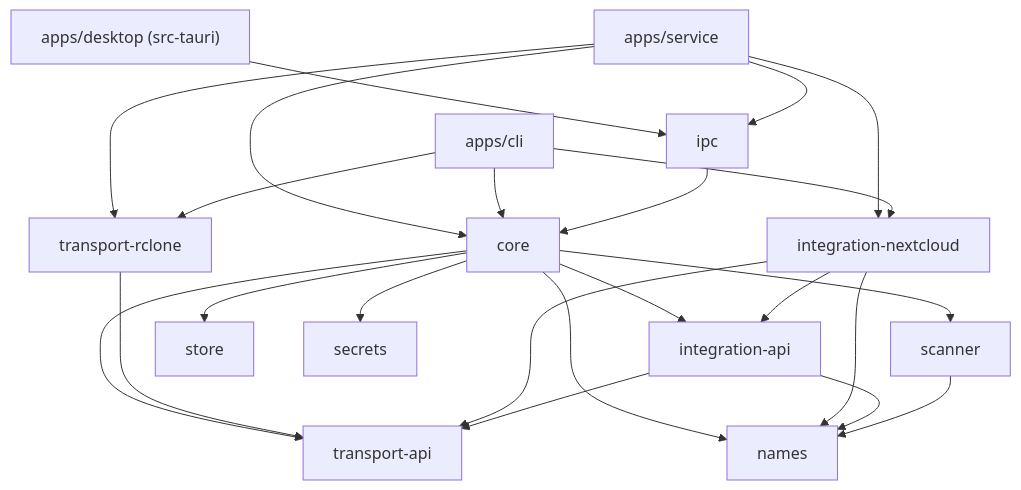
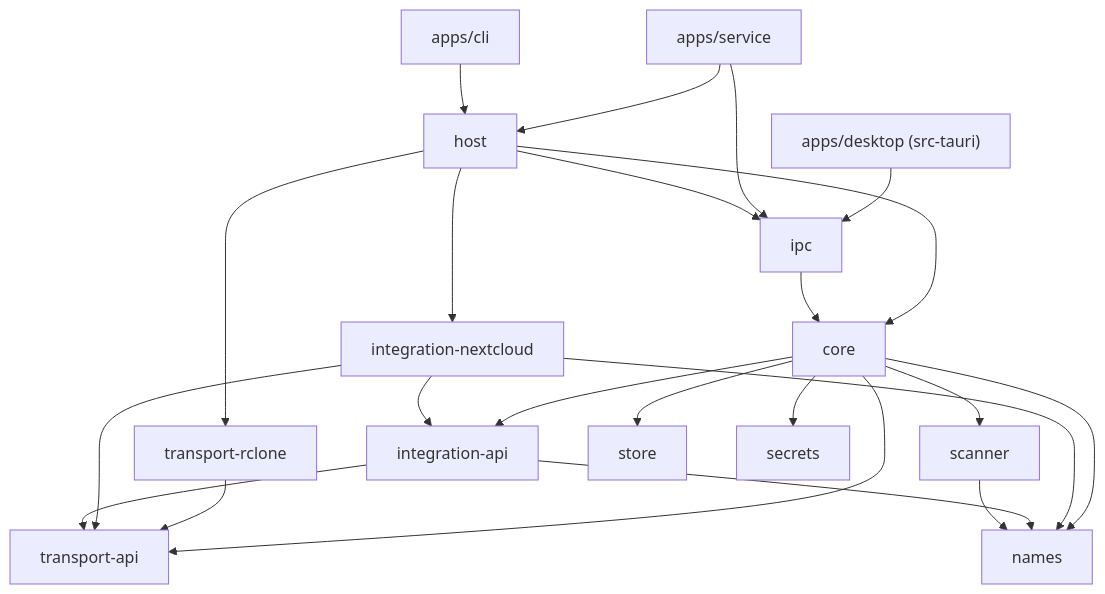
One commit to nevespvasco/filebridge changed the diagram in docs/08-repository-structure.md. Above: the diagram before and after it, drawn with Mermaid. The commit also changed other lines of this file and 19 other files, not shown here.

First line of the commit message:
Phase 1 (3a): filebridge-service, host crate, single-instance lock

````diff
--- a/docs/08-repository-structure.md
+++ b/docs/08-repository-structure.md
@@ -34,25 +35,25 @@
 ```mermaid
 flowchart TB
     desktop["apps/desktop (src-tauri)"] --> ipc
     service["apps/service"] --> ipc
-    service --> core
-    service --> trc["transport-rclone"]
-    service --> inc["integration-nextcloud"]
-    cli["apps/cli"] --> core
-    cli --> trc
-    cli --> inc
+    service --> host
+    cli["apps/cli"] --> host
+    host --> core
+    host --> ipc
+    host --> trc["transport-rclone"]
+    host --> inc["integration-nextcloud"]
     ipc --> core
     core --> tapi["transport-api"]
     core --> iapi["integration-api"]
     core --> names
     core --> scanner
     core --> store
     core --> secrets
     trc --> tapi
     inc --> iapi
     inc --> tapi
     inc --> names
     iapi --> tapi
     iapi --> names
     scanner --> names
 ```
````
